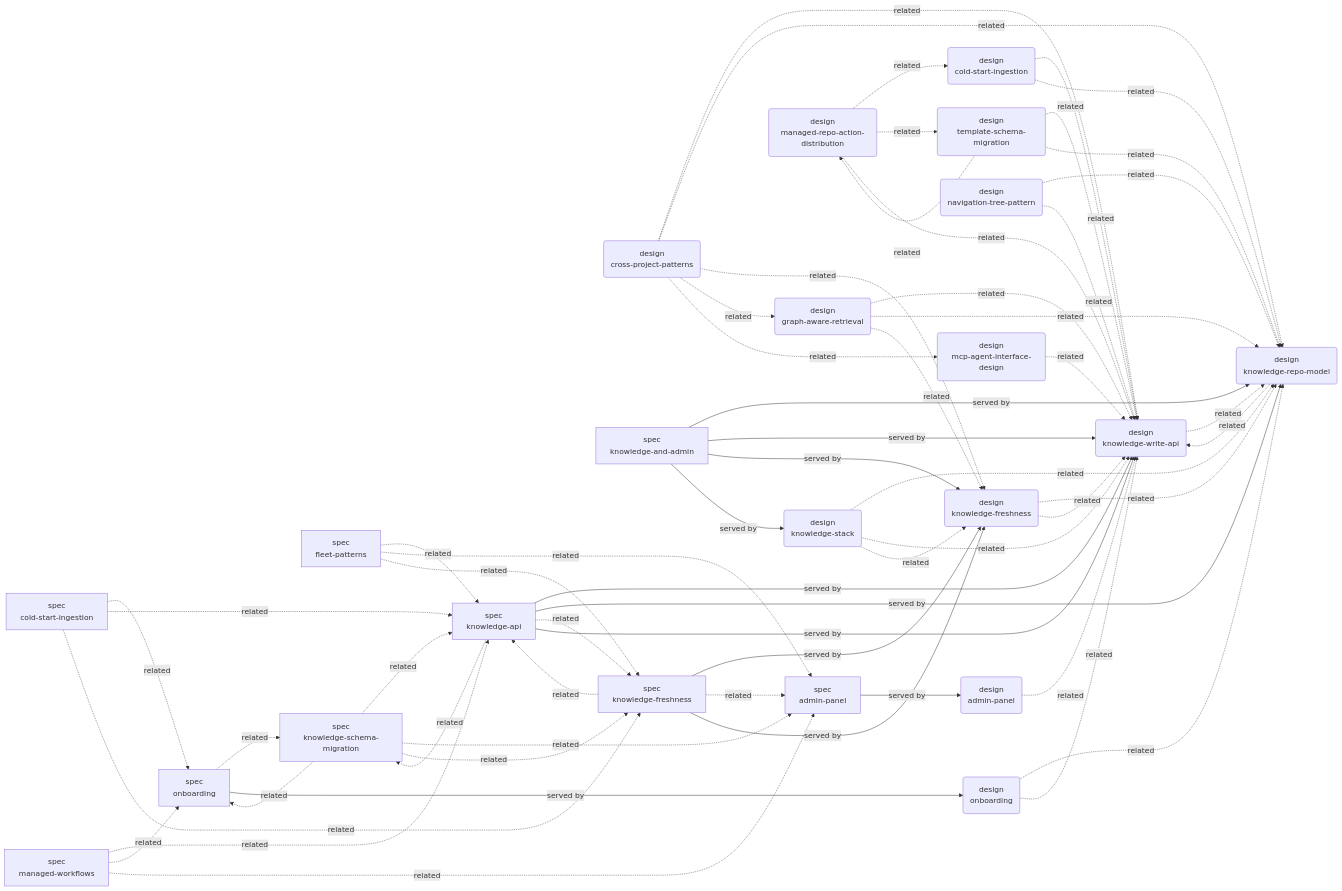
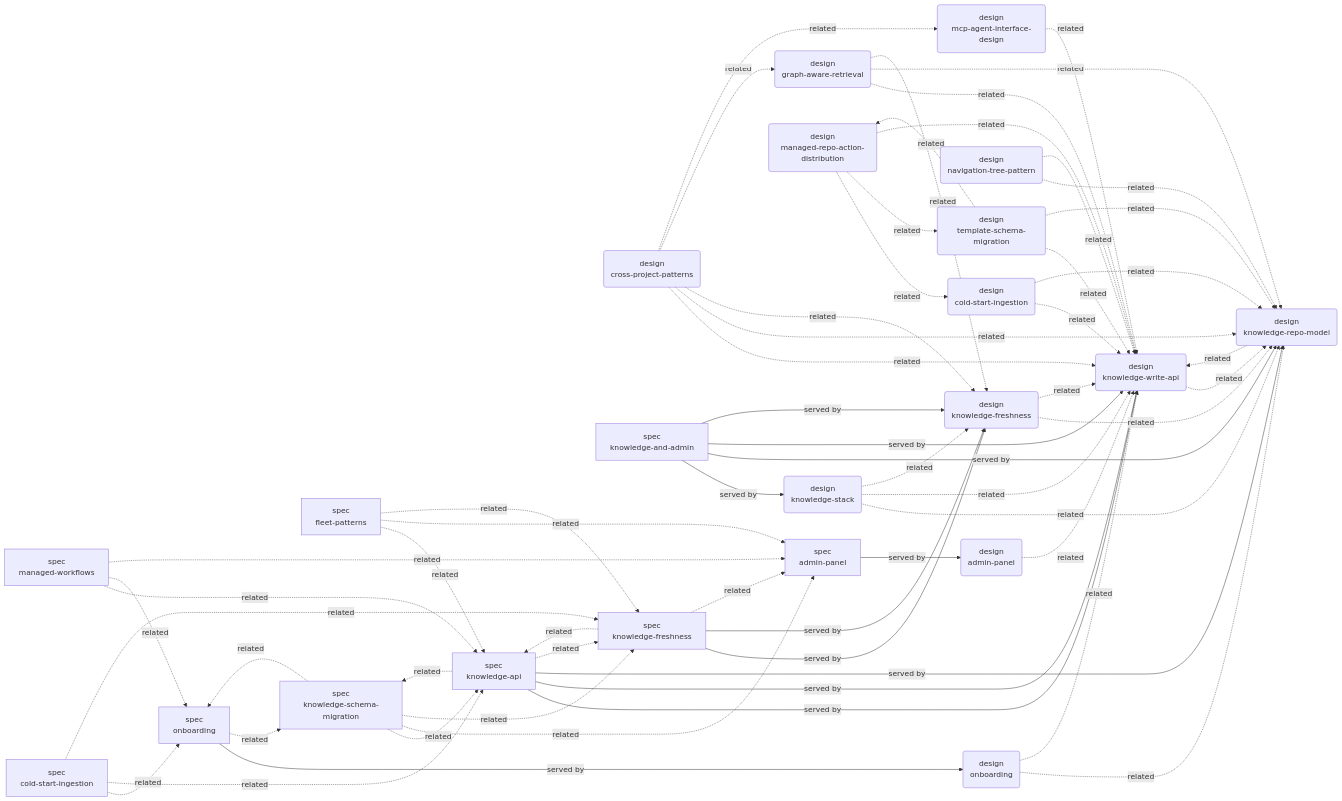
One commit to coder-devx/coder-system changed the fourth of 6 diagrams in system/GRAPH.md. Above: the diagram before and after it, drawn with Mermaid. The commit also changed other lines of this file and 1 other file, not shown here.

First line of the commit message:
fix(scripts): sort member_keys when emitting graph edges

````diff
--- a/system/GRAPH.md
+++ b/system/GRAPH.md
@@ -220,62 +220,62 @@
   n019["spec<br/>knowledge-schema-migration"]
   n020["spec<br/>managed-workflows"]
   n021["spec<br/>onboarding"]
-  n019 -.->|related| n017
-  n019 -.->|related| n021
-  n019 -.->|related| n013
-  n019 -.->|related| n018
-  n015 -.->|related| n017
-  n015 -.->|related| n013
-  n015 -.->|related| n018
-  n017 -->|served by| n007
-  n017 -->|served by| n005
-  n017 -.->|related| n018
-  n017 -.->|related| n019
-  n014 -.->|related| n021
-  n014 -.->|related| n017
-  n014 -.->|related| n018
-  n020 -.->|related| n017
-  n020 -.->|related| n021
-  n020 -.->|related| n013
-  n016 -->|served by| n005
-  n016 -->|served by| n007
-  n016 -->|served by| n004
-  n018 -->|served by| n004
-  n018 -.->|related| n017
-  n018 -.->|related| n013
-  n021 -.->|related| n019
+  n013 -->|served by| n000
+  n000 -.->|related| n007
   n001 -.->|related| n007
   n001 -.->|related| n005
-  n009 -.->|related| n007
-  n003 -.->|related| n007
-  n003 -.->|related| n005
-  n003 -.->|related| n004
-  n016 -->|served by| n006
-  n006 -.->|related| n005
-  n006 -.->|related| n007
-  n006 -.->|related| n004
-  n010 -.->|related| n005
-  n010 -.->|related| n007
-  n013 -->|served by| n000
-  n000 -.->|related| n007
-  n005 -.->|related| n007
-  n012 -.->|related| n007
-  n012 -.->|related| n005
-  n012 -.->|related| n008
   n002 -.->|related| n007
   n002 -.->|related| n005
   n002 -.->|related| n004
   n002 -.->|related| n003
   n002 -.->|related| n009
+  n003 -.->|related| n007
+  n003 -.->|related| n005
+  n003 -.->|related| n004
+  n018 -->|served by| n004
+  n004 -.->|related| n005
+  n004 -.->|related| n007
+  n005 -.->|related| n007
+  n016 -->|served by| n006
+  n006 -.->|related| n005
+  n006 -.->|related| n007
+  n006 -.->|related| n004
+  n017 -->|served by| n007
+  n007 -.->|related| n005
   n008 -.->|related| n001
   n008 -.->|related| n012
   n008 -.->|related| n007
-  n018 -->|served by| n004
-  n004 -.->|related| n005
-  n004 -.->|related| n007
+  n009 -.->|related| n007
+  n010 -.->|related| n005
+  n010 -.->|related| n007
   n021 -->|served by| n011
   n011 -.->|related| n005
   n011 -.->|related| n007
+  n012 -.->|related| n007
+  n012 -.->|related| n005
+  n012 -.->|related| n008
+  n014 -.->|related| n021
+  n014 -.->|related| n017
+  n014 -.->|related| n018
+  n015 -.->|related| n017
+  n015 -.->|related| n013
+  n015 -.->|related| n018
+  n016 -->|served by| n005
+  n016 -->|served by| n007
+  n016 -->|served by| n004
   n017 -->|served by| n007
-  n007 -.->|related| n005
+  n017 -->|served by| n005
+  n017 -.->|related| n018
+  n017 -.->|related| n019
+  n018 -->|served by| n004
+  n018 -.->|related| n017
+  n018 -.->|related| n013
+  n019 -.->|related| n017
+  n019 -.->|related| n021
+  n019 -.->|related| n013
+  n019 -.->|related| n018
+  n020 -.->|related| n017
+  n020 -.->|related| n021
+  n020 -.->|related| n013
+  n021 -.->|related| n019
 ```
````
